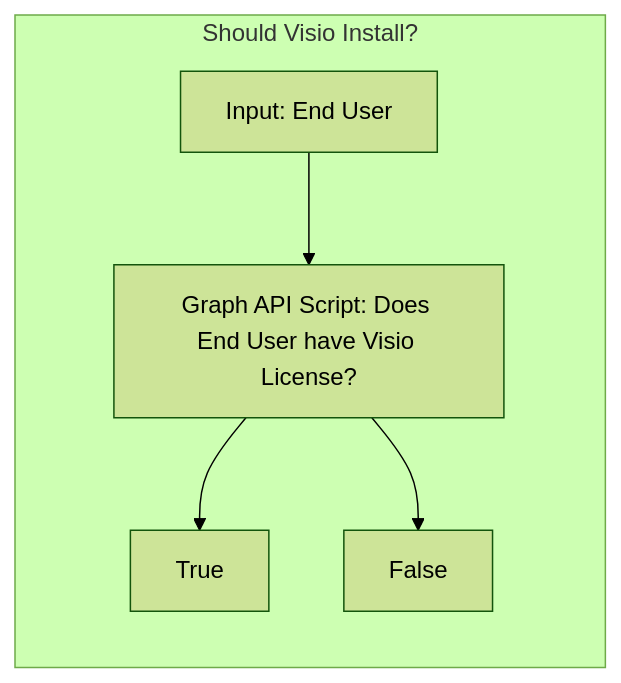
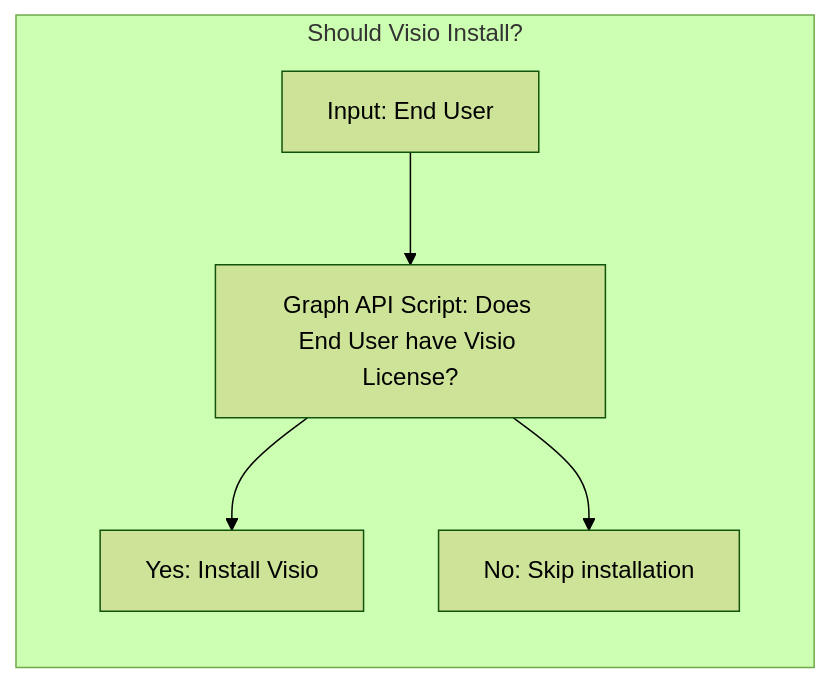
The fourth of 4 diagrams in getting-started.md (immense/immybot-documentation), drawn with Mermaid (forest theme) before and after one commit. The commit also changed other lines of this file and 6 other files, not shown here.

````diff
--- a/getting-started.md
+++ b/getting-started.md
@@ -38,8 +57,8 @@
 ```mermaid
 graph LR
 subgraph "Should Visio Install?"
     EndUser["Input: End User"] --> Script["Graph API Script: Does End User have Visio License?"]
-    Script --> True1[True]
-    Script --> False1[False]
+    Script --> True1["Yes: Install Visio"]
+    Script --> False1["No: Skip installation"]
 end
 ```
````
